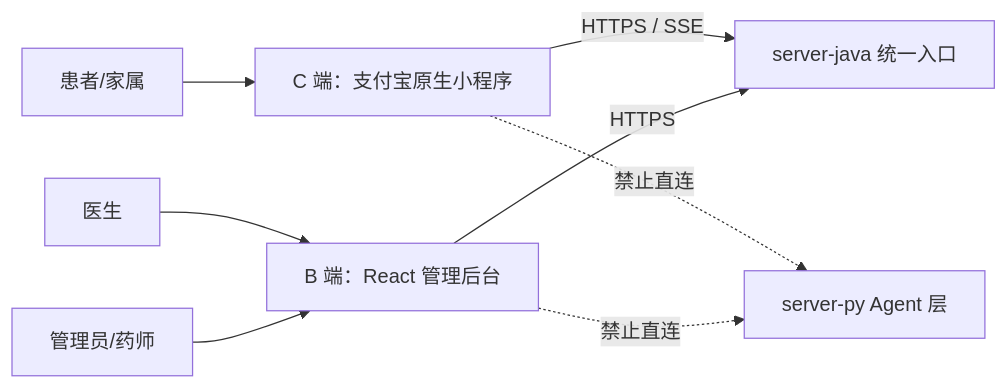
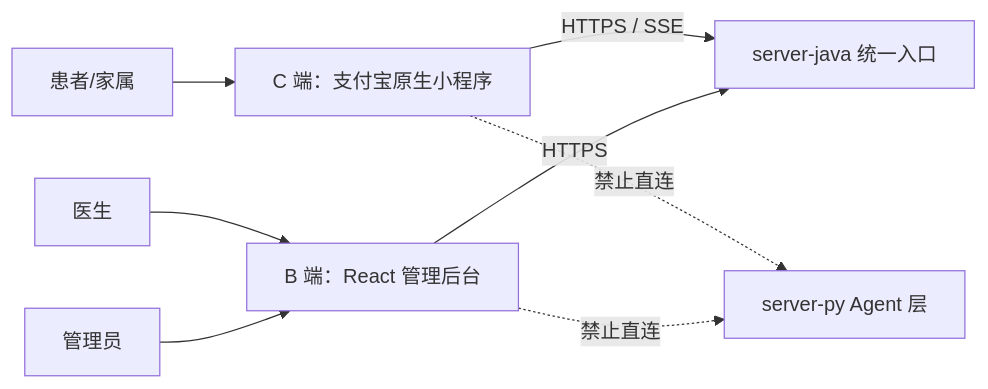
The first of 3 diagrams in docs/to-human/frontend-system-analysis-design.md (ILoveFurina/zhiyu-health), drawn with Mermaid before and after one commit. The commit also changed other lines of this file and 2 other files, not shown here.

````diff
--- a/docs/to-human/frontend-system-analysis-design.md
+++ b/docs/to-human/frontend-system-analysis-design.md
@@ -37,10 +37,10 @@
 ```mermaid
 flowchart LR
   U1["患者/家属"] --> C["C 端：支付宝原生小程序"]
   U2["医生"] --> B["B 端：React 管理后台"]
-  U3["管理员/药师"] --> B
+  U3["管理员"] --> B
   C -->|"HTTPS / SSE"| J["server-java 统一入口"]
   B -->|"HTTPS"| J
   C -.->|"禁止直连"| P["server-py Agent 层"]
   B -.->|"禁止直连"| P
 ```
````
